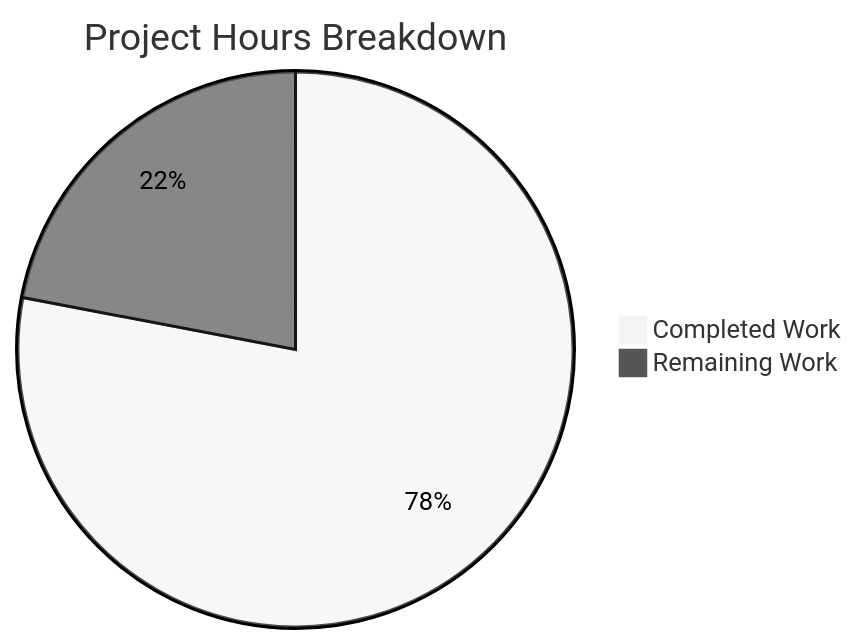
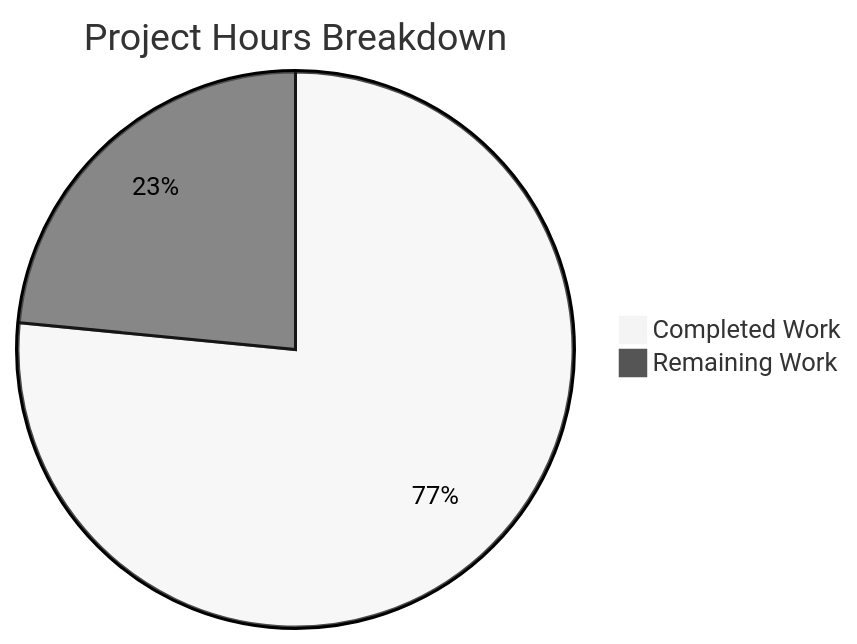
Before and after one commit to Blitzy-Sandbox/blitzy-formbricks: the first of 2 diagrams in blitzy/documentation/Project Guide.md, drawn with Mermaid (neutral theme). The commit also changed other lines of this file, not shown here.

Commit message:
Adding Blitzy Project Guide: Project Status and Human Tasks Remaining

````diff
--- a/blitzy/documentation/Project Guide.md
+++ b/blitzy/documentation/Project Guide.md
@@ -65,5 +136,5 @@
 ```mermaid
 pie title Project Hours Breakdown
-    "Completed Work" : 78
-    "Remaining Work" : 22
+    "Completed Work" : 62
+    "Remaining Work" : 19
 ```
````
